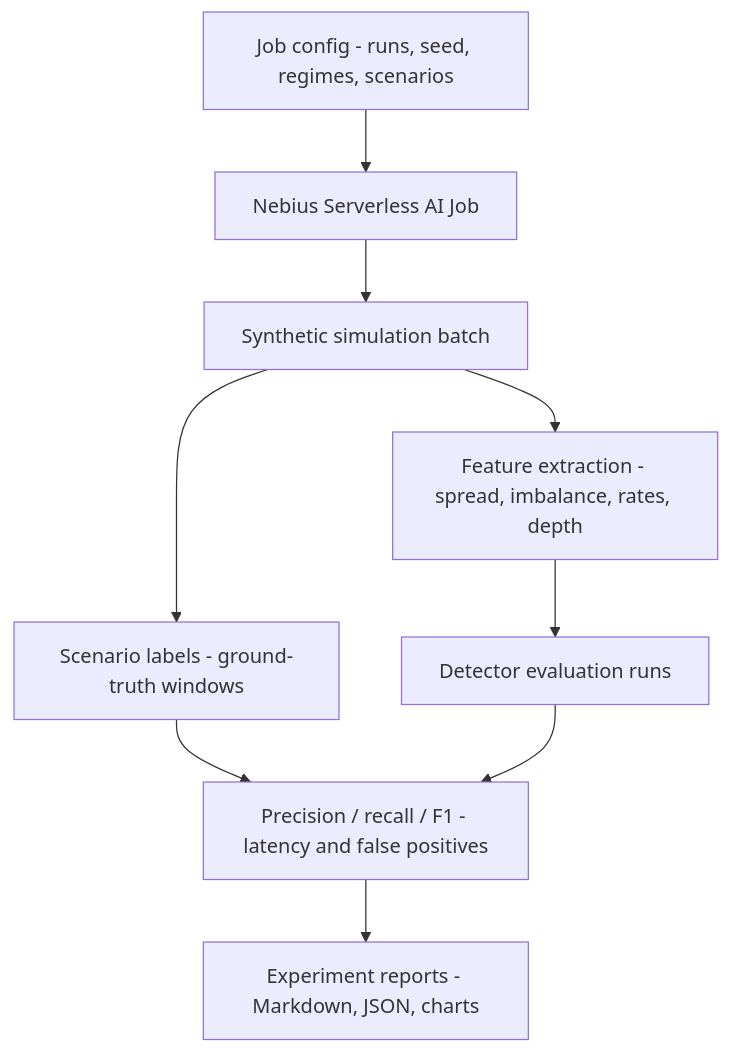
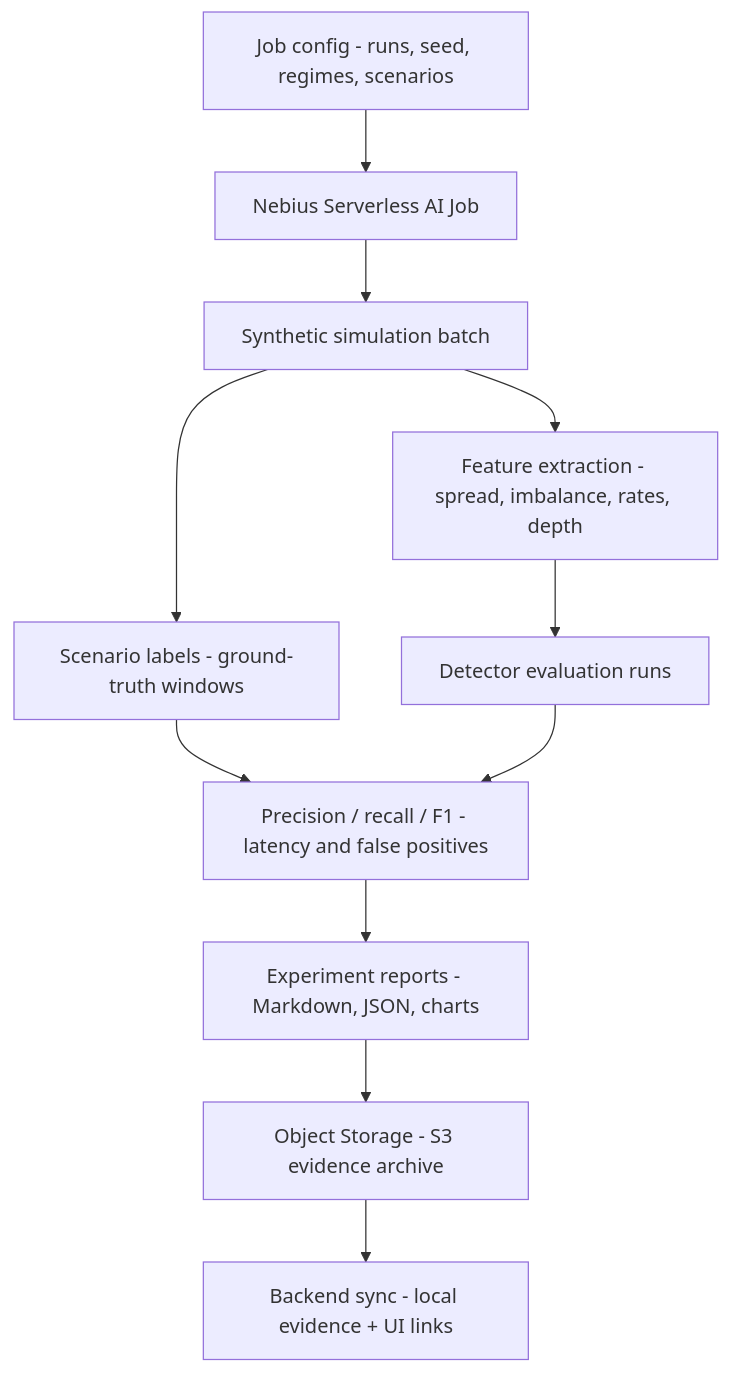
The second of 2 diagrams in docs/architecture/ARD-0007-nebius-serverless-ai-jobs.md (khab40/aimada), drawn with Mermaid before and after one commit. The commit also changed other lines of this file and 23 other files, not shown here.

````diff
--- a/docs/architecture/ARD-0007-nebius-serverless-ai-jobs.md
+++ b/docs/architecture/ARD-0007-nebius-serverless-ai-jobs.md
@@ -67,20 +63,24 @@
 ```mermaid
 graph TD
     Config["Job config - runs, seed, regimes, scenarios"]
     Job["Nebius Serverless AI Job"]
     Sim["Synthetic simulation batch"]
     Labels["Scenario labels - ground-truth windows"]
     Features["Feature extraction - spread, imbalance, rates, depth"]
     Detectors["Detector evaluation runs"]
     Metrics["Precision / recall / F1 - latency and false positives"]
     Reports["Experiment reports - Markdown, JSON, charts"]
+    ObjectStorage["Object Storage - S3 evidence archive"]
+    BackendSync["Backend sync - local evidence + UI links"]
 
     Config --> Job
     Job --> Sim
     Sim --> Labels
     Sim --> Features
     Features --> Detectors
     Labels --> Metrics
     Detectors --> Metrics
     Metrics --> Reports
+    Reports --> ObjectStorage
+    ObjectStorage --> BackendSync
 ```
````
